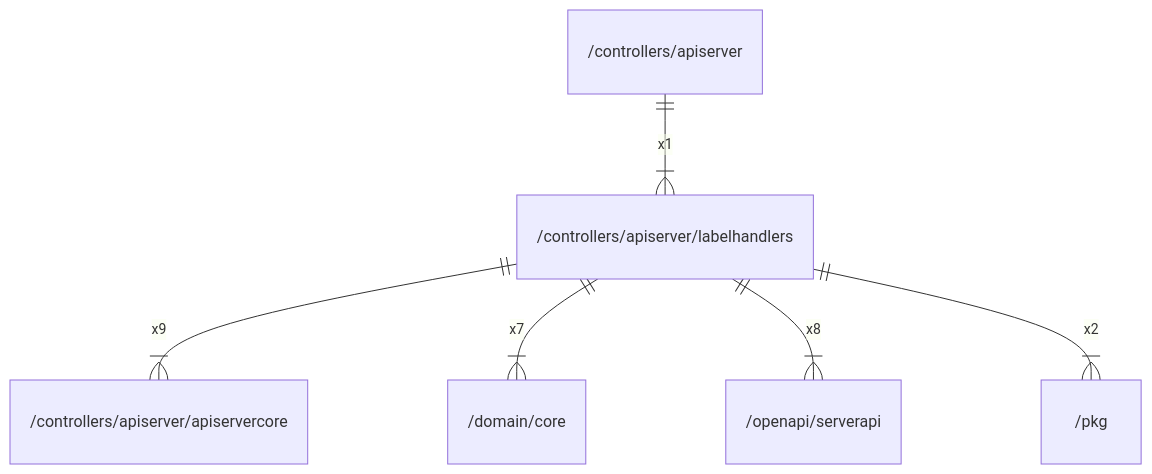
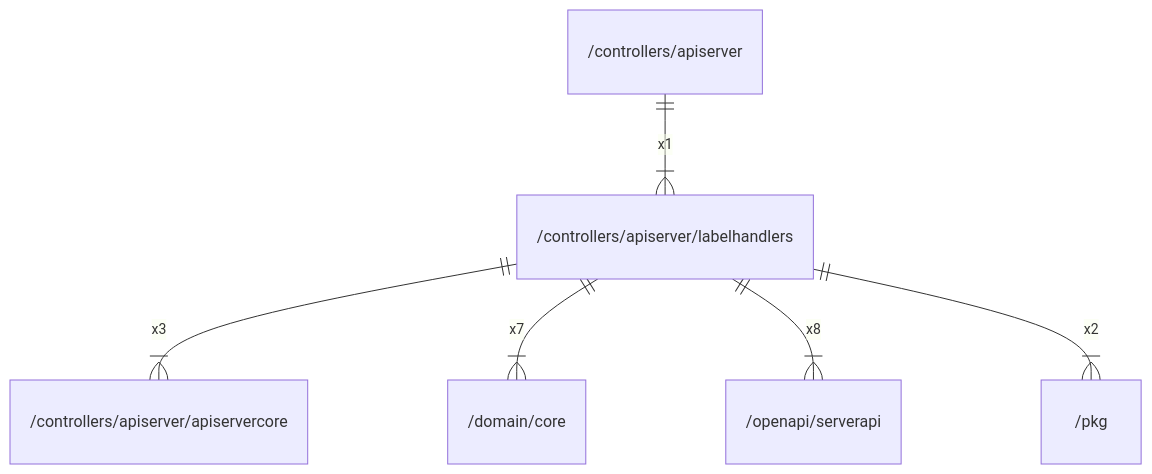
The diagram in docs/arch/controllers/apiserver/labelhandlers.md (gbh007/hgraber-next), drawn with Mermaid before and after one commit. The commit also changed other lines of this file and 98 other files, not shown here.

````diff
--- a/docs/arch/controllers/apiserver/labelhandlers.md
+++ b/docs/arch/controllers/apiserver/labelhandlers.md
@@ -24,8 +36,8 @@
 ```mermaid
 erDiagram
     "/controllers/apiserver" ||--|{ "/controllers/apiserver/labelhandlers" : x1
-    "/controllers/apiserver/labelhandlers" ||--|{ "/controllers/apiserver/apiservercore" : x9
+    "/controllers/apiserver/labelhandlers" ||--|{ "/controllers/apiserver/apiservercore" : x3
     "/controllers/apiserver/labelhandlers" ||--|{ "/domain/core" : x7
     "/controllers/apiserver/labelhandlers" ||--|{ "/openapi/serverapi" : x8
     "/controllers/apiserver/labelhandlers" ||--|{ "/pkg" : x2
 ```
````
